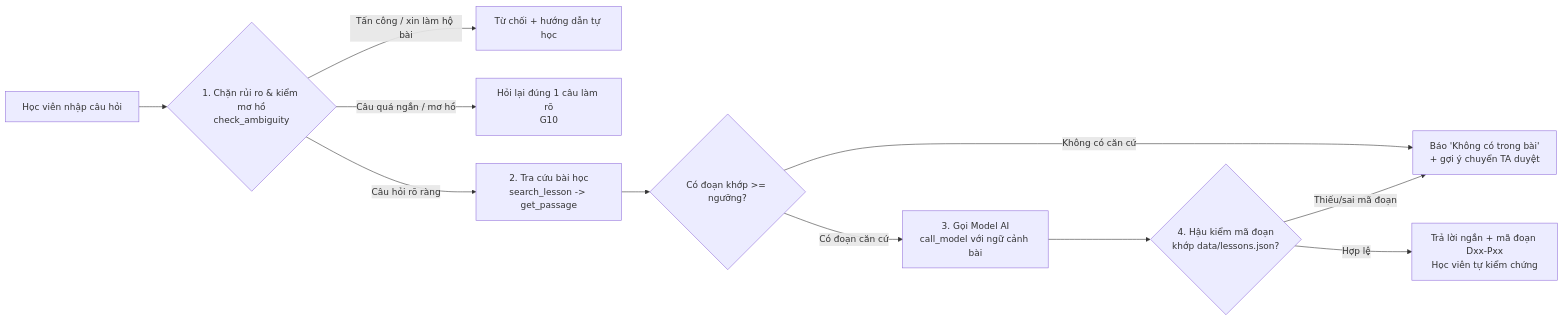
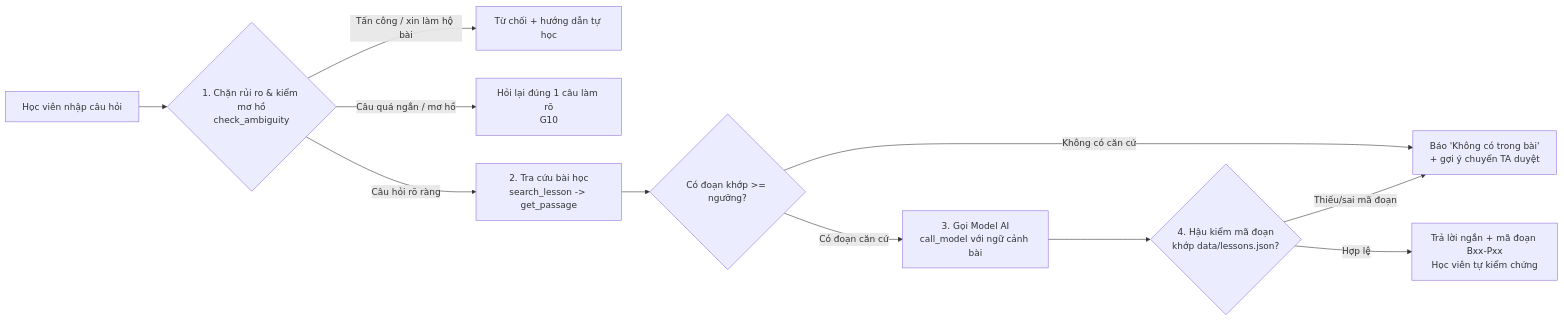
The diagram in spec.md (chipno39/K5-Day15-L3B-Chuppachip), drawn with Mermaid before and after one commit. The commit also changed other lines of this file and 6 other files, not shown here.

````diff
--- a/spec.md
+++ b/spec.md
@@ -71,13 +71,13 @@
 ```mermaid
 flowchart LR
     U[Học viên nhập câu hỏi] --> G1{1. Chặn rủi ro & kiểm mơ hồ\ncheck_ambiguity}
     G1 -->|Tấn công / xin làm hộ bài| R1[Từ chối + hướng dẫn tự học]
     G1 -->|Câu quá ngắn / mơ hồ| R2[Hỏi lại đúng 1 câu làm rõ\nG10]
     G1 -->|Câu hỏi rõ ràng| T1[2. Tra cứu bài học\nsearch_lesson -> get_passage]
     T1 --> G2{Có đoạn khớp >= ngưỡng?}
     G2 -->|Không có căn cứ| R3[Báo 'Không có trong bài'\n+ gợi ý chuyển TA duyệt]
     G2 -->|Có đoạn căn cứ| M[3. Gọi Model AI\ncall_model với ngữ cảnh bài]
     M --> G3{4. Hậu kiểm mã đoạn\nkhớp data/lessons.json?}
-    G3 -->|Hợp lệ| O[Trả lời ngắn + mã đoạn Dxx-Pxx\nHọc viên tự kiểm chứng]
+    G3 -->|Hợp lệ| O[Trả lời ngắn + mã đoạn Bxx-Pxx\nHọc viên tự kiểm chứng]
     G3 -->|Thiếu/sai mã đoạn| R3
 ```
````
